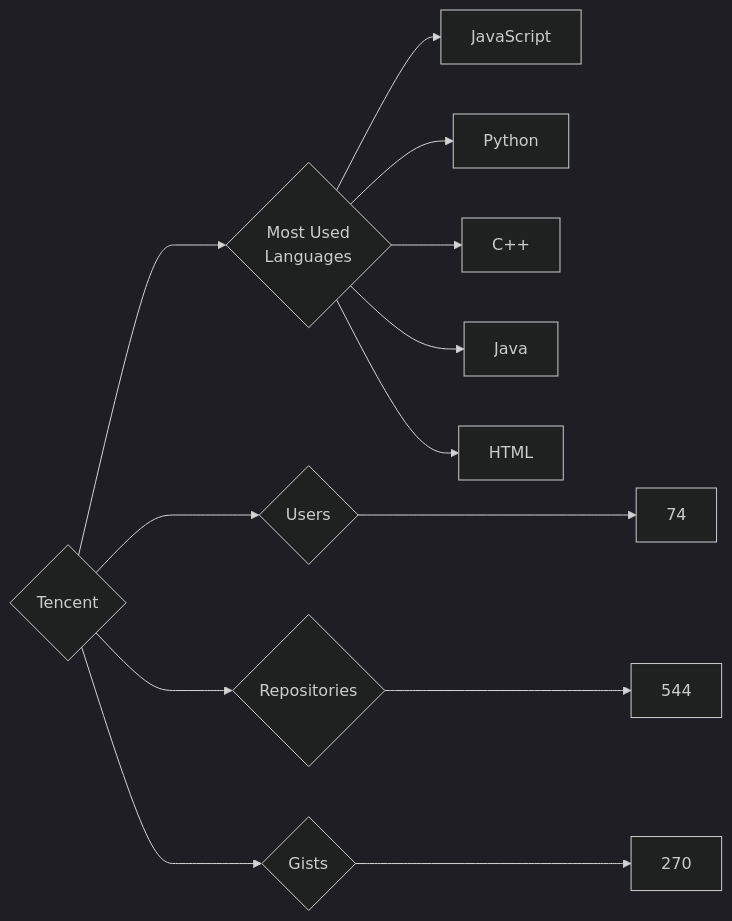
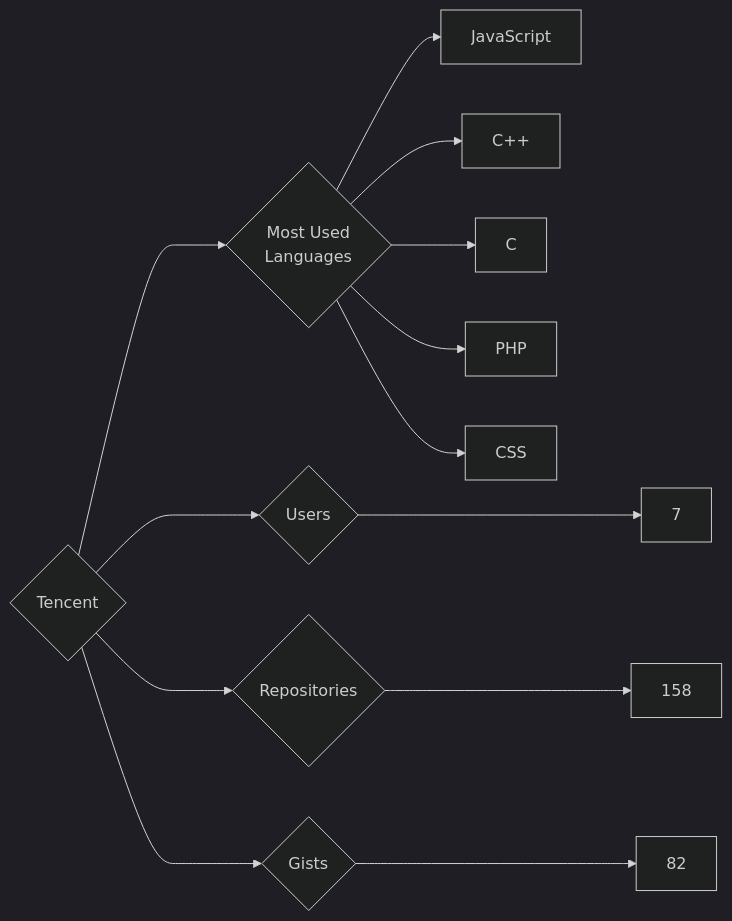
The diagram in targets/Tencent/README.md (trickest/insiders), drawn with Mermaid (dark theme) before and after one commit. The commit also changed 903 other files, not shown here.

````diff
--- a/targets/Tencent/README.md
+++ b/targets/Tencent/README.md
@@ -3,13 +3,13 @@
 ```mermaid
 graph LR
 COMPANY_NAME{Tencent}
-COMPANY_NAME ---> U{Users} ---> UN[74]
-COMPANY_NAME ---> R{Repositories} ---> RN[544]
-COMPANY_NAME ---> G{Gists} ---> GN[270]
+COMPANY_NAME ---> U{Users} ---> UN[7]
+COMPANY_NAME ---> R{Repositories} ---> RN[158]
+COMPANY_NAME ---> G{Gists} ---> GN[82]
 COMPANY_NAME ---> ML{Most Used<br>Languages}
 ML --> JavaScript[JavaScript]
-ML --> Python[Python]
 ML --> C++[C++]
-ML --> Java[Java]
-ML --> HTML[HTML]
+ML --> C[C]
+ML --> PHP[PHP]
+ML --> CSS[CSS]
 ```
````
